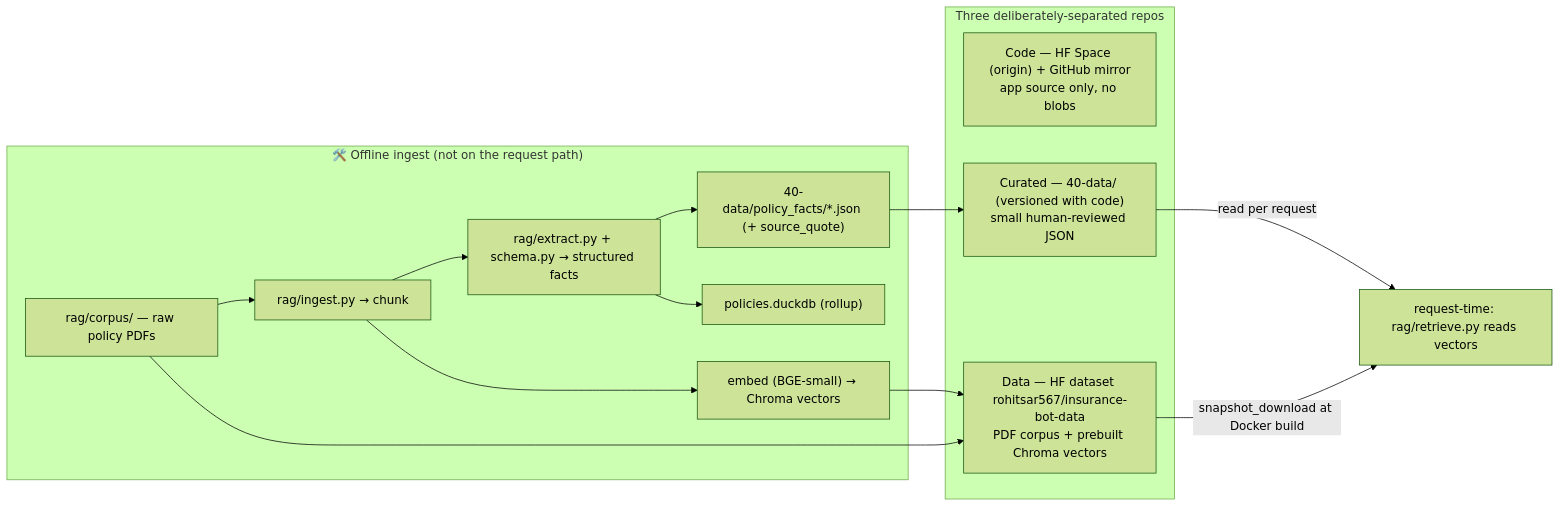
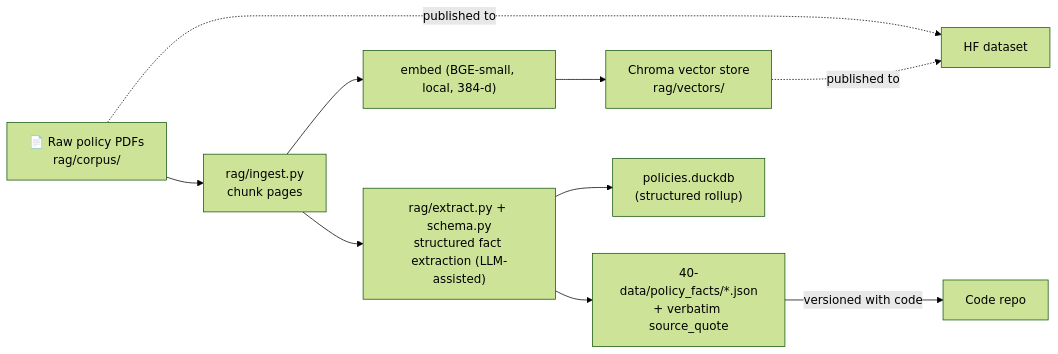
The ninth of 11 diagrams in README.md (rohitsar567/insurance-sales-bot), drawn with Mermaid (forest theme) before and after one commit. The commit also changed other lines of this file, not shown here.

````diff
--- a/README.md
+++ b/README.md
@@ -417,20 +615,12 @@
 ```mermaid
 flowchart LR
-    subgraph OFFLINE["🛠️ Offline ingest (not on the request path)"]
-        PDF["rag/corpus/ — raw policy PDFs"] --> ING["rag/ingest.py → chunk"]
-        ING --> EXT["rag/extract.py + schema.py → structured facts"]
-        ING --> VEC["embed (BGE-small) → Chroma vectors"]
-        EXT --> PFJSON["40-data/policy_facts/*.json (+ source_quote)"]
-        EXT --> DUCK["policies.duckdb (rollup)"]
-    end
-    subgraph REPOS["Three deliberately-separated repos"]
-        CODE["Code — HF Space (origin) + GitHub mirror<br/>app source only, no blobs"]
-        DSET["Data — HF dataset rohitsar567/insurance-bot-data<br/>PDF corpus + prebuilt Chroma vectors"]
-        CUR["Curated — 40-data/ (versioned with code)<br/>small human-reviewed JSON"]
-    end
-    VEC --> DSET
-    PDF --> DSET
-    PFJSON --> CUR
-    DSET -->|"snapshot_download at Docker build"| RUNTIME["request-time: rag/retrieve.py reads vectors"]
-    CUR -->|"read per request"| RUNTIME
+    PDF["📄 Raw policy PDFs<br/>rag/corpus/"] --> ING["rag/ingest.py<br/>chunk pages"]
+    ING --> EMB["embed (BGE-small, local, 384-d)"]
+    EMB --> VEC["Chroma vector store<br/>rag/vectors/"]
+    ING --> XT["rag/extract.py + schema.py<br/>structured fact extraction (LLM-assisted)"]
+    XT --> JSON["40-data/policy_facts/*.json<br/>+ verbatim source_quote"]
+    XT --> DUCK["policies.duckdb<br/>(structured rollup)"]
+    VEC -.->|"published to"| HFD["HF dataset"]
+    PDF -.->|"published to"| HFD
+    JSON -->|"versioned with code"| CODE["Code repo"]
 ```
````
